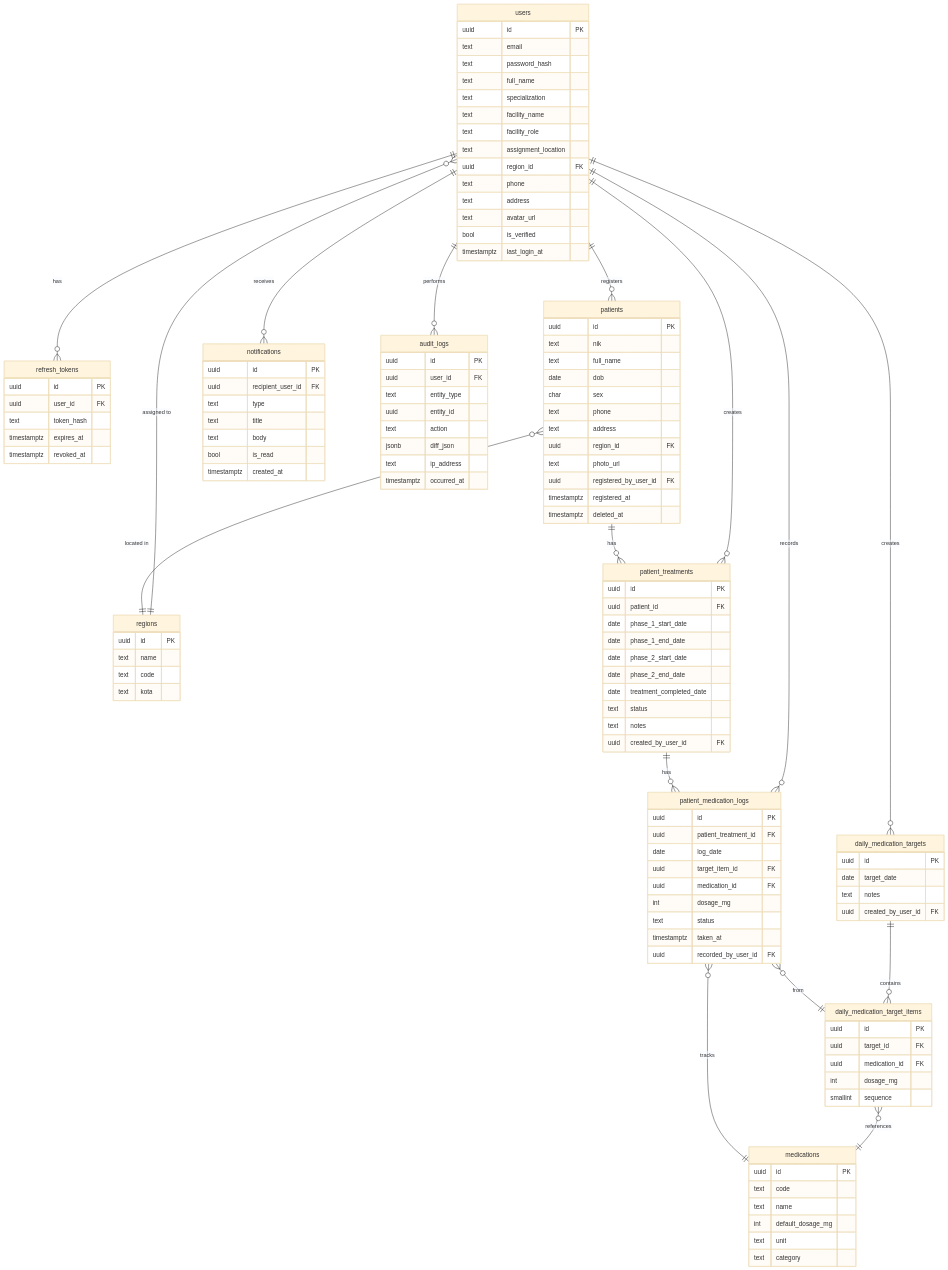
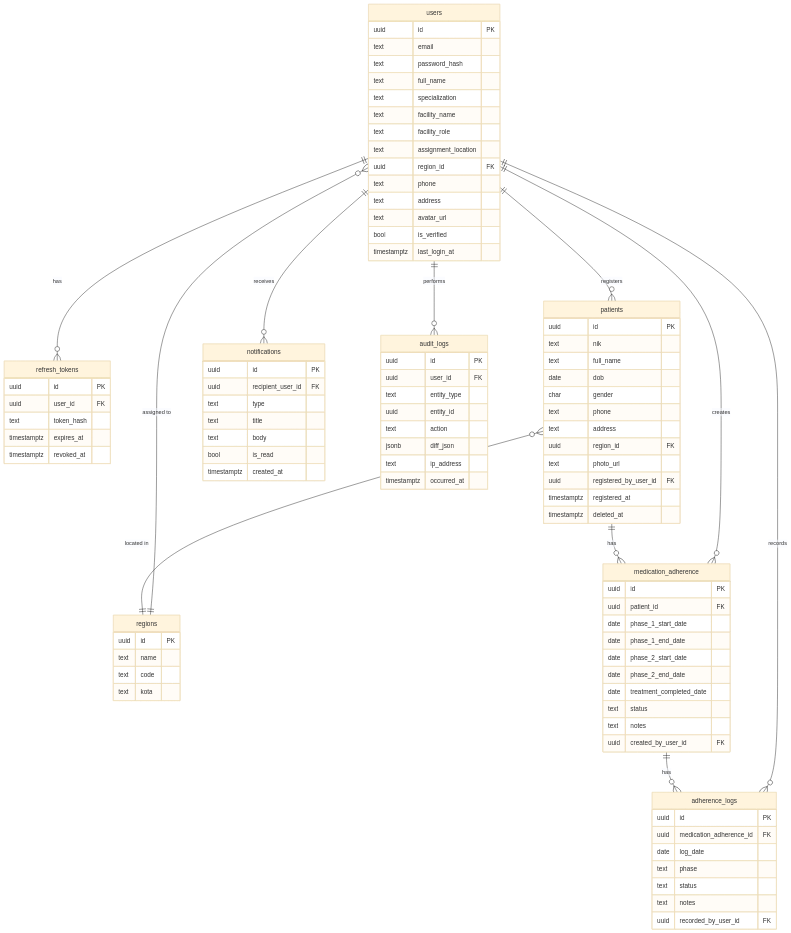
Before and after one commit to IrvanKurniawan624/tbhealthwatch-app: the diagram in docs/erd.md, drawn with Mermaid (base theme). The commit also changed 67 other files, not shown here.

First line of the commit message:
feat(backend): JWT auth, patient/adherence endpoints, docker-compose, EF migrations + seeder

````diff
--- a/docs/erd.md
+++ b/docs/erd.md
@@ -7,14 +7,6 @@
         text name
         text code
         text kota
-    }
-    medications {
-        uuid id PK
-        text code
-        text name
-        int default_dosage_mg
-        text unit
-        text category
     }
     users {
         uuid id PK
@@ -44,7 +36,7 @@
         text nik
         text full_name
         date dob
-        char sex
+        char gender
         text phone
         text address
         uuid region_id FK
@@ -53,7 +45,7 @@
         timestamptz registered_at
         timestamptz deleted_at
     }
-    patient_treatments {
+    medication_adherence {
         uuid id PK
         uuid patient_id FK
         date phase_1_start_date
@@ -65,28 +57,13 @@
         text notes
         uuid created_by_user_id FK
     }
-    daily_medication_targets {
+    adherence_logs {
         uuid id PK
-        date target_date
+        uuid medication_adherence_id FK
+        date log_date
+        text phase
+        text status
         text notes
-        uuid created_by_user_id FK
-    }
-    daily_medication_target_items {
-        uuid id PK
-        uuid target_id FK
-        uuid medication_id FK
-        int dosage_mg
-        smallint sequence
-    }
-    patient_medication_logs {
-        uuid id PK
-        uuid patient_treatment_id FK
-        date log_date
-        uuid target_item_id FK
-        uuid medication_id FK
-        int dosage_mg
-        text status
-        timestamptz taken_at
         uuid recorded_by_user_id FK
     }
     notifications {
@@ -110,18 +87,13 @@
     }
 
     users ||--o{ patients : "registers"
-    users ||--o{ patient_treatments : "creates"
-    users ||--o{ daily_medication_targets : "creates"
-    users ||--o{ patient_medication_logs : "records"
+    users ||--o{ medication_adherence : "creates"
+    users ||--o{ adherence_logs : "records"
     users ||--o{ notifications : "receives"
     users ||--o{ audit_logs : "performs"
     users ||--o{ refresh_tokens : "has"
     users }o--|| regions : "assigned to"
     patients }o--|| regions : "located in"
-    patients ||--o{ patient_treatments : "has"
-    patient_treatments ||--o{ patient_medication_logs : "has"
-    daily_medication_targets ||--o{ daily_medication_target_items : "contains"
-    daily_medication_target_items }o--|| medications : "references"
-    patient_medication_logs }o--|| daily_medication_target_items : "from"
-    patient_medication_logs }o--|| medications : "tracks"
+    patients ||--o{ medication_adherence : "has"
+    medication_adherence ||--o{ adherence_logs : "has"
 ```
````
